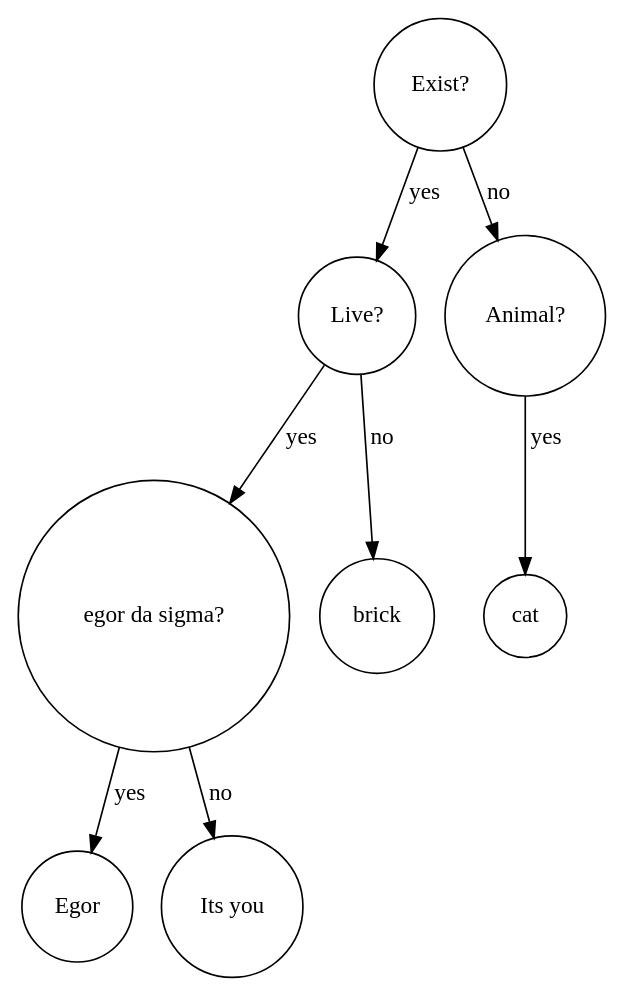
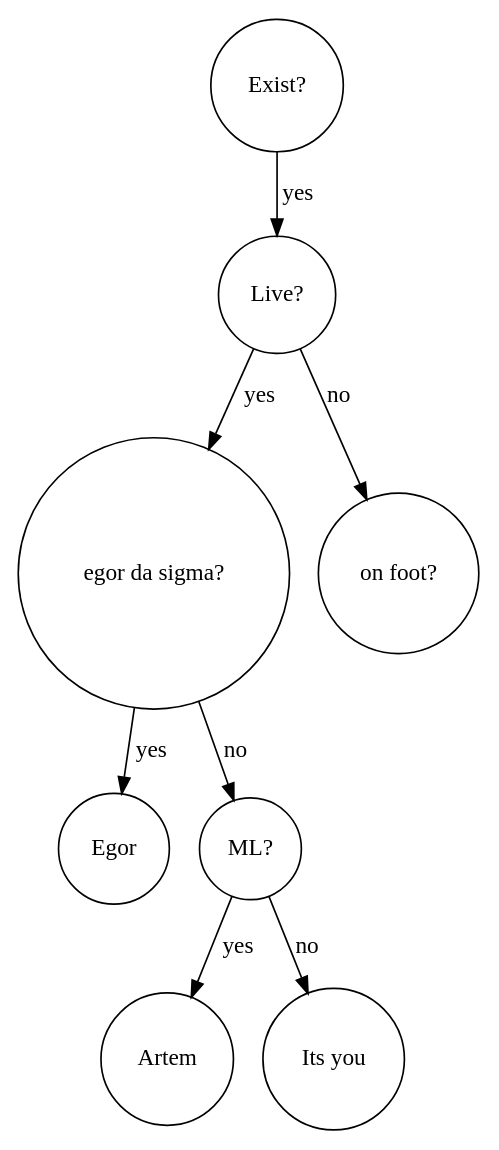
Before and after one commit to fl4cko11/Huawei_MIPT: the diagram in tree/akinator/bst_visual_log/bst_7.dot, drawn with Graphviz. The commit also changed 21 other files, not shown here.

```diff
--- a/tree/akinator/bst_visual_log/bst_7.dot
+++ b/tree/akinator/bst_visual_log/bst_7.dot
@@ -1,10 +1,10 @@
 digraph BST {
     node [shape=circle];
     "Exist?" -> "Live?" [label="yes"];
-    "Exist?" -> "Animal?" [label="no"];
     "Live?" -> "egor da sigma?" [label="yes"];
-    "Live?" -> "brick" [label="no"];
+    "Live?" -> "on foot?" [label="no"];
     "egor da sigma?" -> "Egor" [label="yes"];
-    "egor da sigma?" -> "Its you" [label="no"];
-    "Animal?" -> "cat" [label="yes"];
+    "egor da sigma?" -> "ML?" [label="no"];
+    "ML?" -> "Artem" [label="yes"];
+    "ML?" -> "Its you" [label="no"];
 }
```
